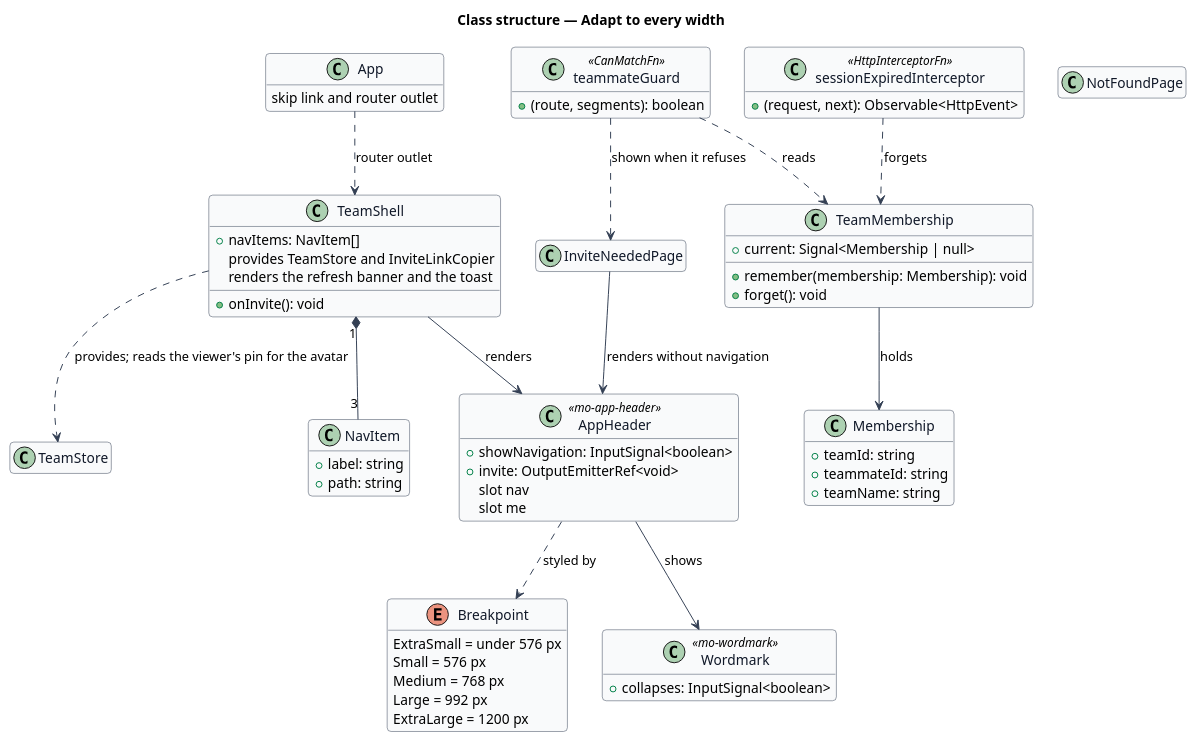
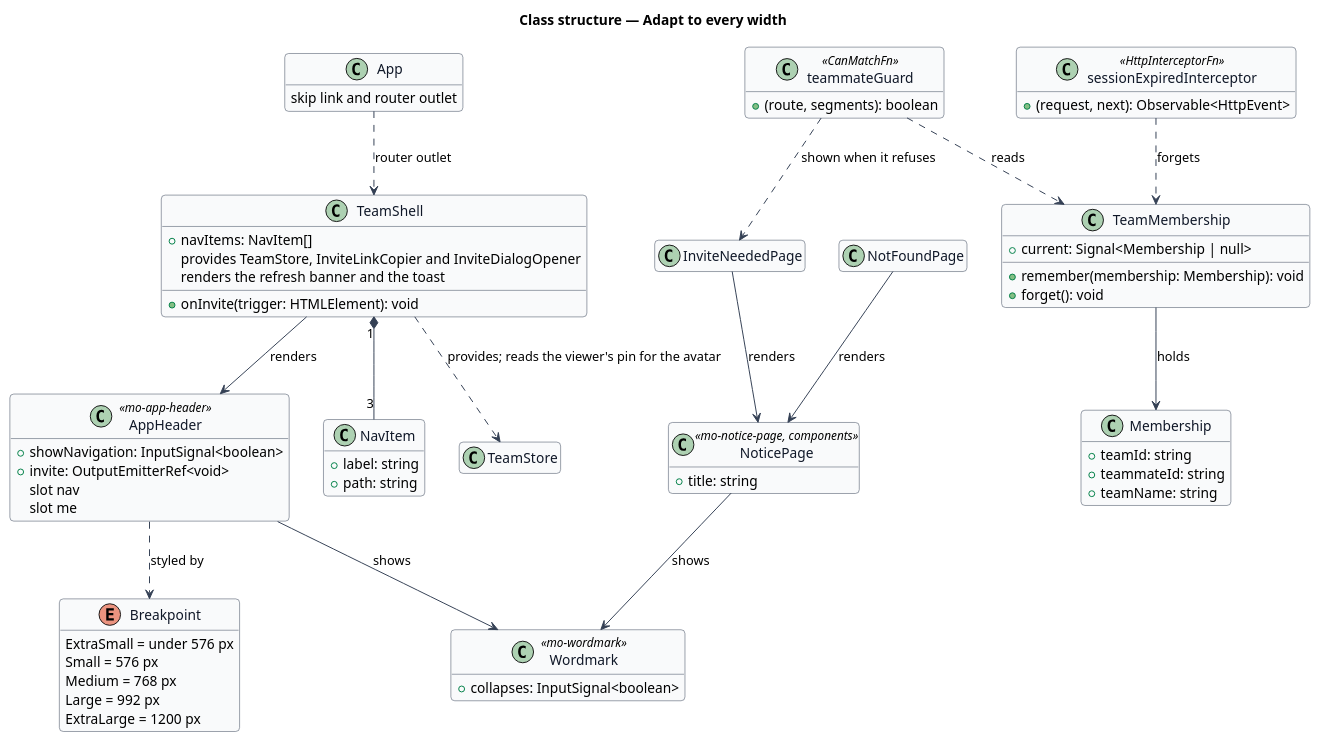
The diagram in docs/detailed-designs/platform/adapt-to-every-width/diagrams/class-structure.puml (QuinntyneBrown/Mondino), drawn with PlantUML before and after one commit. The commit also changed 184 other files, not shown here.

```diff
--- a/docs/detailed-designs/platform/adapt-to-every-width/diagrams/class-structure.puml
+++ b/docs/detailed-designs/platform/adapt-to-every-width/diagrams/class-structure.puml
@@ -1,90 +1,96 @@
 @startuml
 skinparam backgroundColor #FFFFFF
 skinparam shadowing false
 skinparam roundcorner 8
 skinparam defaultFontName Arial
 skinparam ArrowColor #344054
 skinparam class {
   BorderColor #344054
   FontColor #101828
   BackgroundColor #F9FAFB
 }
 hide empty members
 title Class structure — Adapt to every width
 
 enum Breakpoint {
   ExtraSmall = under 576 px
   Small = 576 px
   Medium = 768 px
   Large = 992 px
   ExtraLarge = 1200 px
 }
 
 class App {
   skip link and router outlet
 }
 
 class TeamShell {
   +navItems: NavItem[]
-  provides TeamStore and InviteLinkCopier
+  provides TeamStore, InviteLinkCopier and InviteDialogOpener
   renders the refresh banner and the toast
-  +onInvite(): void
+  +onInvite(trigger: HTMLElement): void
 }
 
 class NavItem {
   +label: string
   +path: string
 }
 
 class AppHeader <<mo-app-header>> {
   +showNavigation: InputSignal<boolean>
   +invite: OutputEmitterRef<void>
   slot nav
   slot me
 }
 
 class Wordmark <<mo-wordmark>> {
   +collapses: InputSignal<boolean>
 }
 
 class TeamMembership {
   +current: Signal<Membership | null>
   +remember(membership: Membership): void
   +forget(): void
 }
 
 class Membership {
   +teamId: string
   +teammateId: string
   +teamName: string
 }
 
 class teammateGuard <<CanMatchFn>> {
   +(route, segments): boolean
 }
 
 class sessionExpiredInterceptor <<HttpInterceptorFn>> {
   +(request, next): Observable<HttpEvent>
 }
 
 class InviteNeededPage {
 }
 
 class NotFoundPage {
 }
 
+class NoticePage <<mo-notice-page, components>> {
+  +title: string
+}
+
 class TeamStore {
 }
 
 App ..> TeamShell : router outlet
 TeamShell --> AppHeader : renders
 TeamShell "1" *-- "3" NavItem
 TeamShell ..> TeamStore : provides; reads the viewer's pin for the avatar
-InviteNeededPage --> AppHeader : renders without navigation
+InviteNeededPage --> NoticePage : renders
+NotFoundPage --> NoticePage : renders
+NoticePage --> Wordmark : shows
 AppHeader --> Wordmark : shows
 AppHeader ..> Breakpoint : styled by
 teammateGuard ..> TeamMembership : reads
 teammateGuard ..> InviteNeededPage : shown when it refuses
 sessionExpiredInterceptor ..> TeamMembership : forgets
 TeamMembership --> Membership : holds
 @enduml
```
